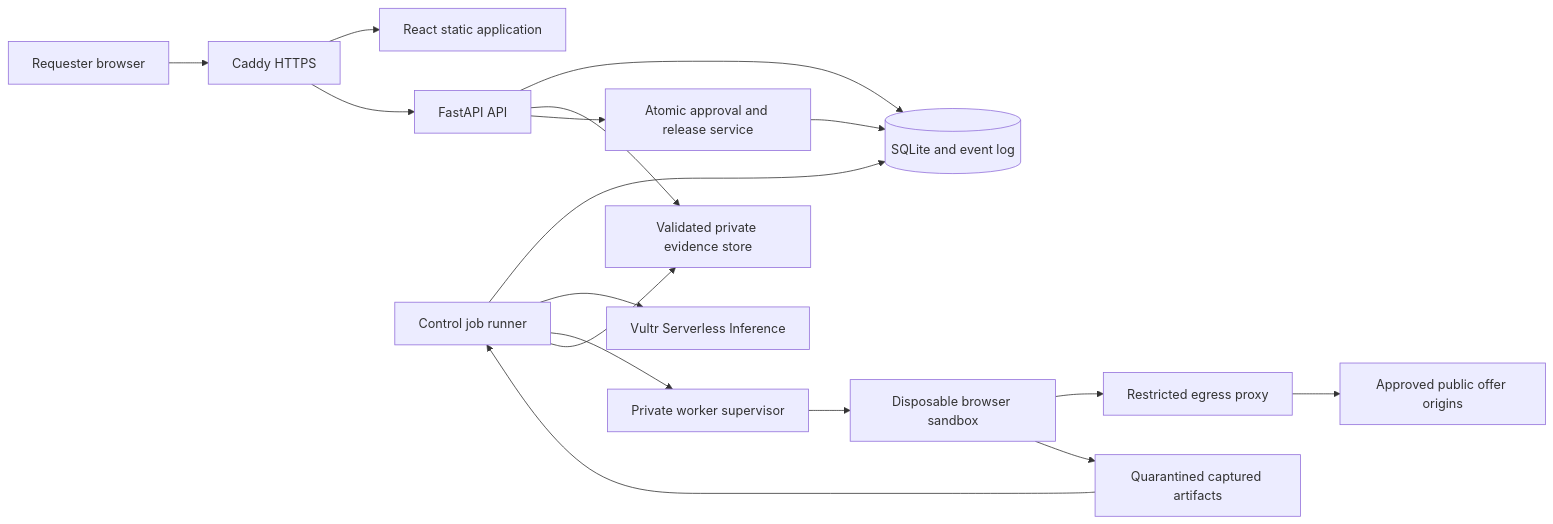
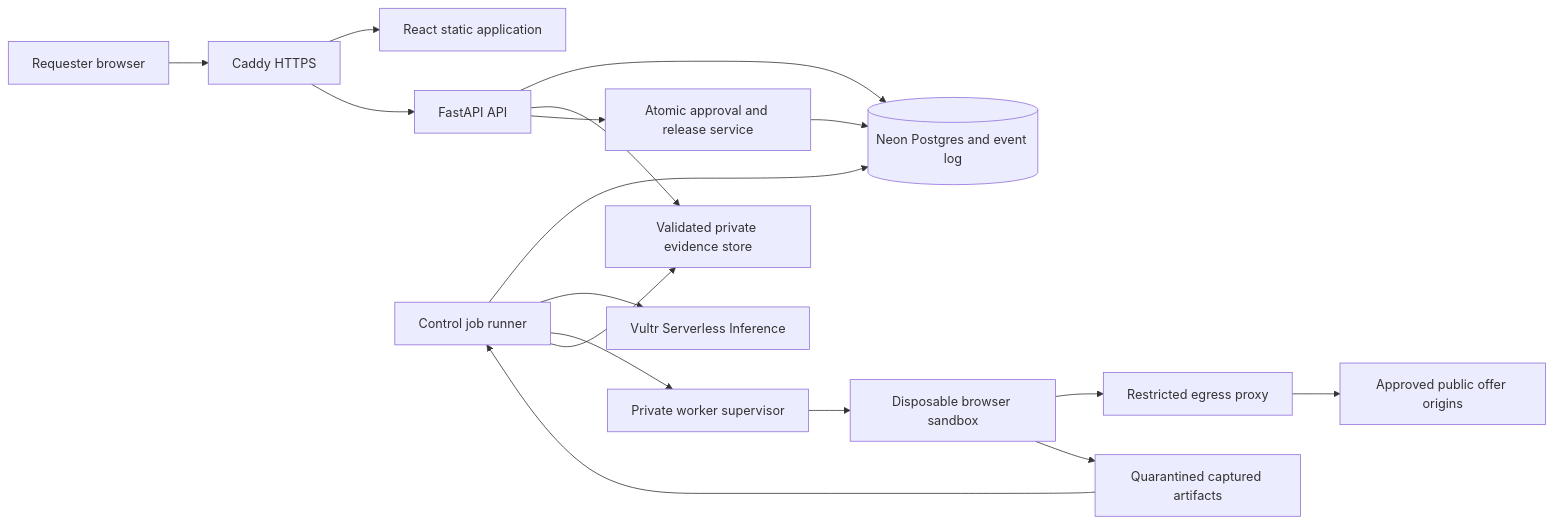
Before and after one commit to dotmantissa/latch: the diagram in ARCHITECTURE.md, drawn with Mermaid. The commit also changed other lines of this file and 32 other files, not shown here.

````diff
--- a/ARCHITECTURE.md
+++ b/ARCHITECTURE.md
@@ -89,19 +89,19 @@
 ```mermaid
 flowchart LR
   U[Requester browser] --> C[Caddy HTTPS]
   C --> W[React static application]
   C --> A[FastAPI API]
-  A --> D[(SQLite and event log)]
+  A --> D[(Neon Postgres and event log)]
   J[Control job runner] --> D
   J --> V[Vultr Serverless Inference]
   J --> S[Private worker supervisor]
   S --> B[Disposable browser sandbox]
   B --> P[Restricted egress proxy]
   P --> O[Approved public offer origins]
   B --> Q[Quarantined captured artifacts]
   Q --> J
   J --> F[Validated private evidence store]
   A --> F
   A --> R[Atomic approval and release service]
   R --> D
 ```
````
